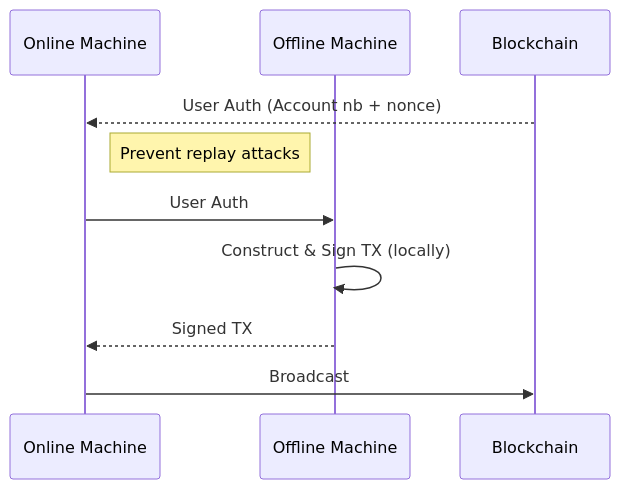
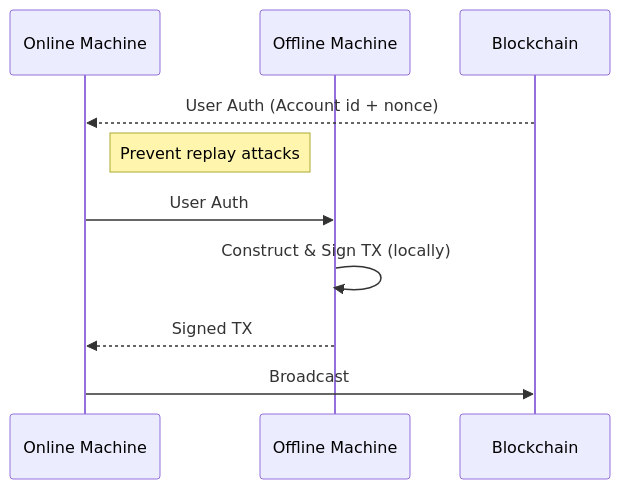
One commit to samouraiworld/peerdev changed the second of 5 diagrams in gno-tutorials/short-tutorials/9-secure-tx/slides.md. Above: the diagram before and after it, drawn with Mermaid. The commit also changed other lines of this file, not shown here.

````diff
--- a/gno-tutorials/short-tutorials/9-secure-tx/slides.md
+++ b/gno-tutorials/short-tutorials/9-secure-tx/slides.md
@@ -72,13 +72,13 @@
 ```mermaid {scale: 0.9}
 sequenceDiagram
     participant A as Online Machine
     participant B as Offline Machine
     participant C as Blockchain
     
-    C-->>A: User Auth (Account nb + nonce)
+    C-->>A: User Auth (Account id + nonce)
     Note right of A: Prevent replay attacks
     A->>B: User Auth
     B->>B: Construct & Sign TX (locally)
     B-->>A: Signed TX
     A->>C: Broadcast 
 ```
````
